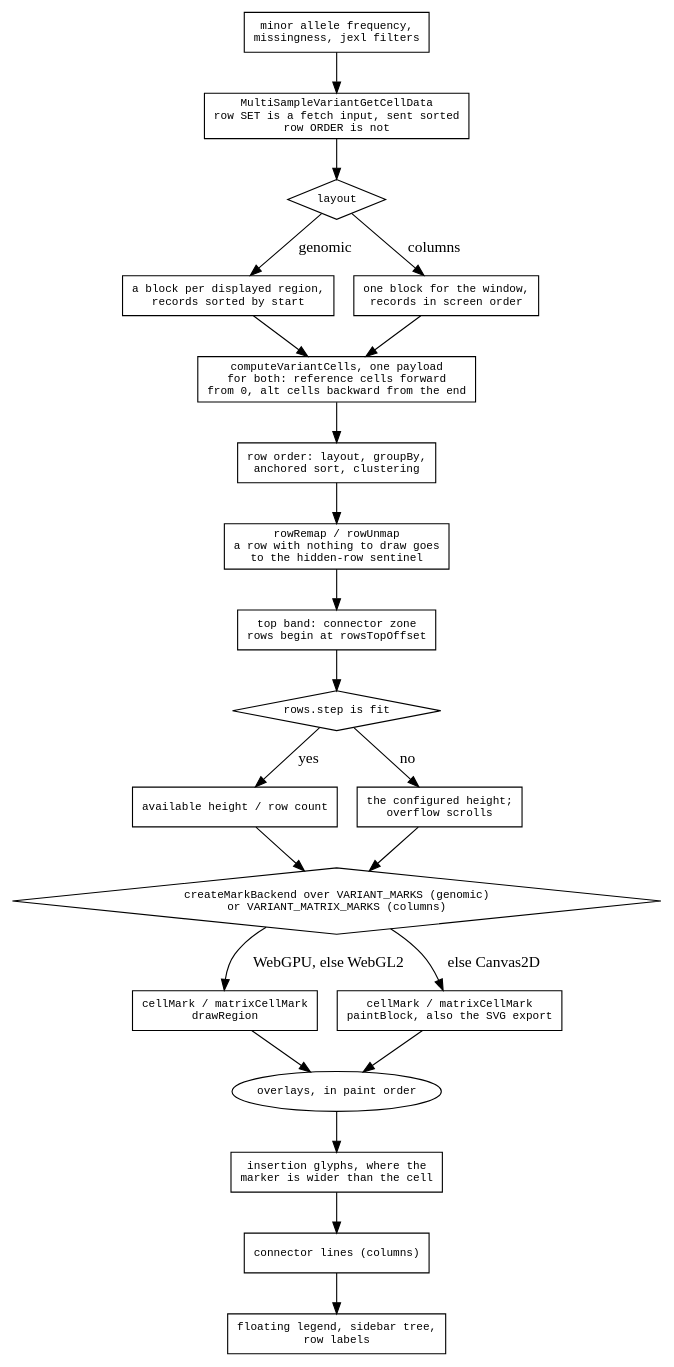
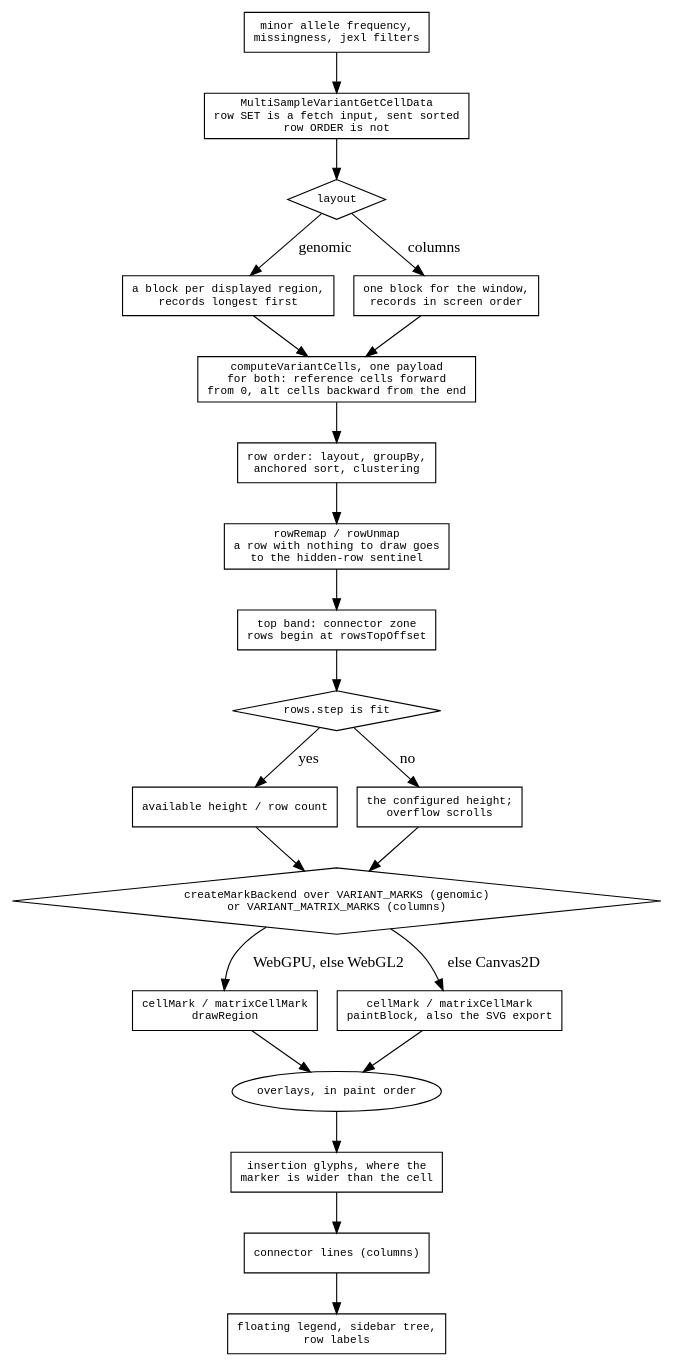
Before and after one commit to GMOD/jbrowse-components: the diagram in agent-docs/reference/diagrams/variants-draw.dot, drawn with Graphviz. The commit also changed 10 other files, not shown here.

```diff
--- a/agent-docs/reference/diagrams/variants-draw.dot
+++ b/agent-docs/reference/diagrams/variants-draw.dot
@@ -1,45 +1,45 @@
 digraph variant_draw {
   rankdir=TB
   node [shape=box fontname=monospace fontsize=10]
   { node [shape=diamond] layout; fit; backend }
 
   filters [label="minor allele frequency,\nmissingness, jexl filters"]
   rpc     [label="MultiSampleVariantGetCellData\nrow SET is a fetch input, sent sorted\nrow ORDER is not"]
   filters -> rpc -> layout
 
   layout [label="layout"]
   layout -> genomic [label=" genomic"]
   layout -> columns [label=" columns"]
-  genomic [label="a block per displayed region,\nrecords sorted by start"]
+  genomic [label="a block per displayed region,\nrecords longest first"]
   columns [label="one block for the window,\nrecords in screen order"]
   cells [label="computeVariantCells, one payload\nfor both: reference cells forward\nfrom 0, alt cells backward from the end"]
   genomic -> cells  columns -> cells
 
   order [label="row order: layout, groupBy,\nanchored sort, clustering"]
   cells -> order
 
   remap [label="rowRemap / rowUnmap\na row with nothing to draw goes\nto the hidden-row sentinel"]
   order -> remap -> bands
 
   bands [label="top band: connector zone\nrows begin at rowsTopOffset"]
   bands -> fit
   fit [label="rows.step is fit"]
   fit -> fitauto [label=" yes"]
   fit -> fitconf [label=" no"]
   fitauto [label="available height / row count"]
   fitconf [label="the configured height;\noverflow scrolls"]
   fitauto -> backend  fitconf -> backend
 
   backend [label="createMarkBackend over VARIANT_MARKS (genomic)\nor VARIANT_MATRIX_MARKS (columns)"]
   backend -> gpu [label=" WebGPU, else WebGL2"]
   backend -> c2d [label=" else Canvas2D"]
   gpu [label="cellMark / matrixCellMark\ndrawRegion"]
   c2d [label="cellMark / matrixCellMark\npaintBlock, also the SVG export"]
 
   overlays [label="overlays, in paint order", shape=oval]
   gpu -> overlays  c2d -> overlays
   overlays -> glyphs -> conn -> legend
   glyphs [label="insertion glyphs, where the\nmarker is wider than the cell"]
   conn   [label="connector lines (columns)"]
   legend [label="floating legend, sidebar tree,\nrow labels"]
 }
```
